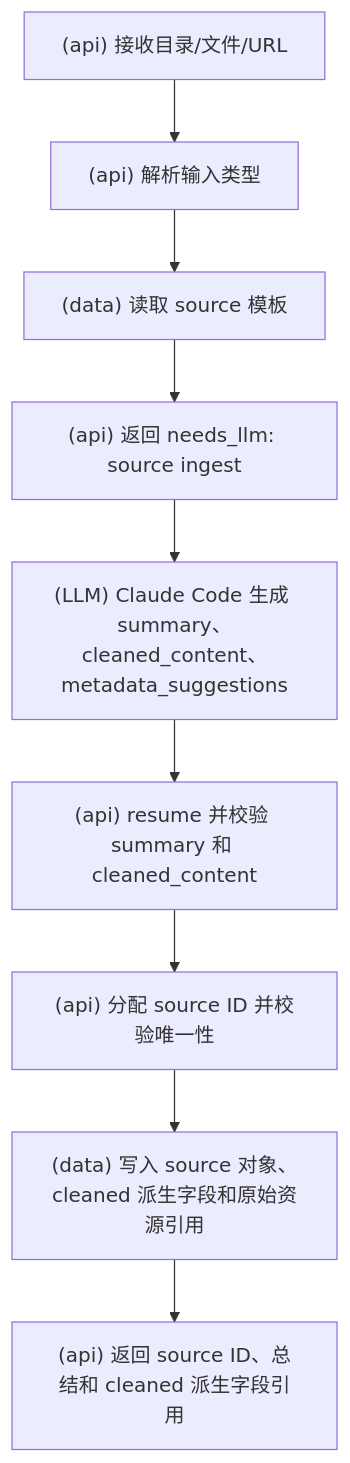
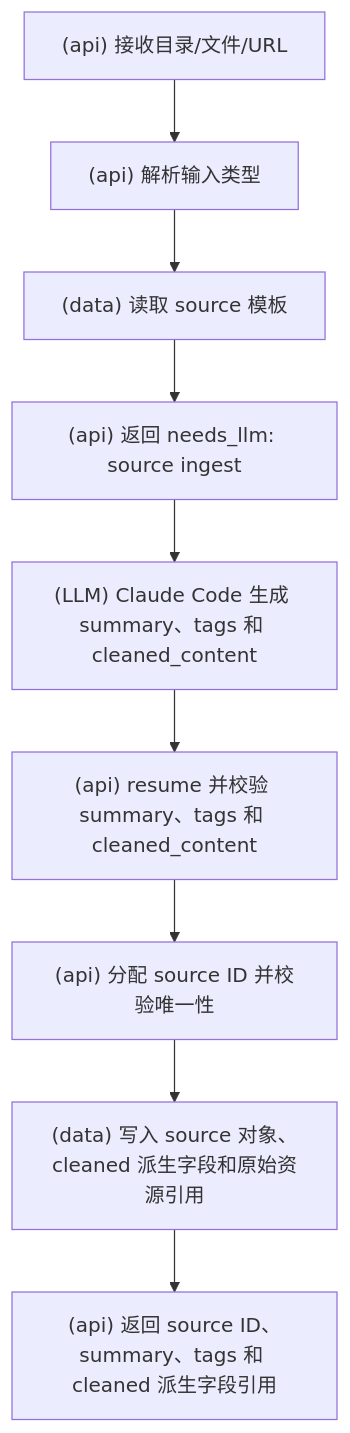
Before and after one commit to srangerme/KBManager: the second of 19 diagrams in docs/流程图.md, drawn with Mermaid. The commit also changed other lines of this file and 27 other files, not shown here.

````diff
--- a/docs/流程图.md
+++ b/docs/流程图.md
@@ -29,11 +53,11 @@
 ```mermaid
 flowchart TD
   A["(api) 接收目录/文件/URL"] --> B["(api) 解析输入类型"]
   B --> C["(data) 读取 source 模板"]
   C --> D["(api) 返回 needs_llm: source ingest"]
-  D --> E["(LLM) Claude Code 生成 summary、cleaned_content、metadata_suggestions"]
-  E --> F["(api) resume 并校验 summary 和 cleaned_content"]
+  D --> E["(LLM) Claude Code 生成 summary、tags 和 cleaned_content"]
+  E --> F["(api) resume 并校验 summary、tags 和 cleaned_content"]
   F --> G["(api) 分配 source ID 并校验唯一性"]
   G --> H["(data) 写入 source 对象、cleaned 派生字段和原始资源引用"]
-  H --> I["(api) 返回 source ID、总结和 cleaned 派生字段引用"]
+  H --> I["(api) 返回 source ID、summary、tags 和 cleaned 派生字段引用"]
 ```
````
